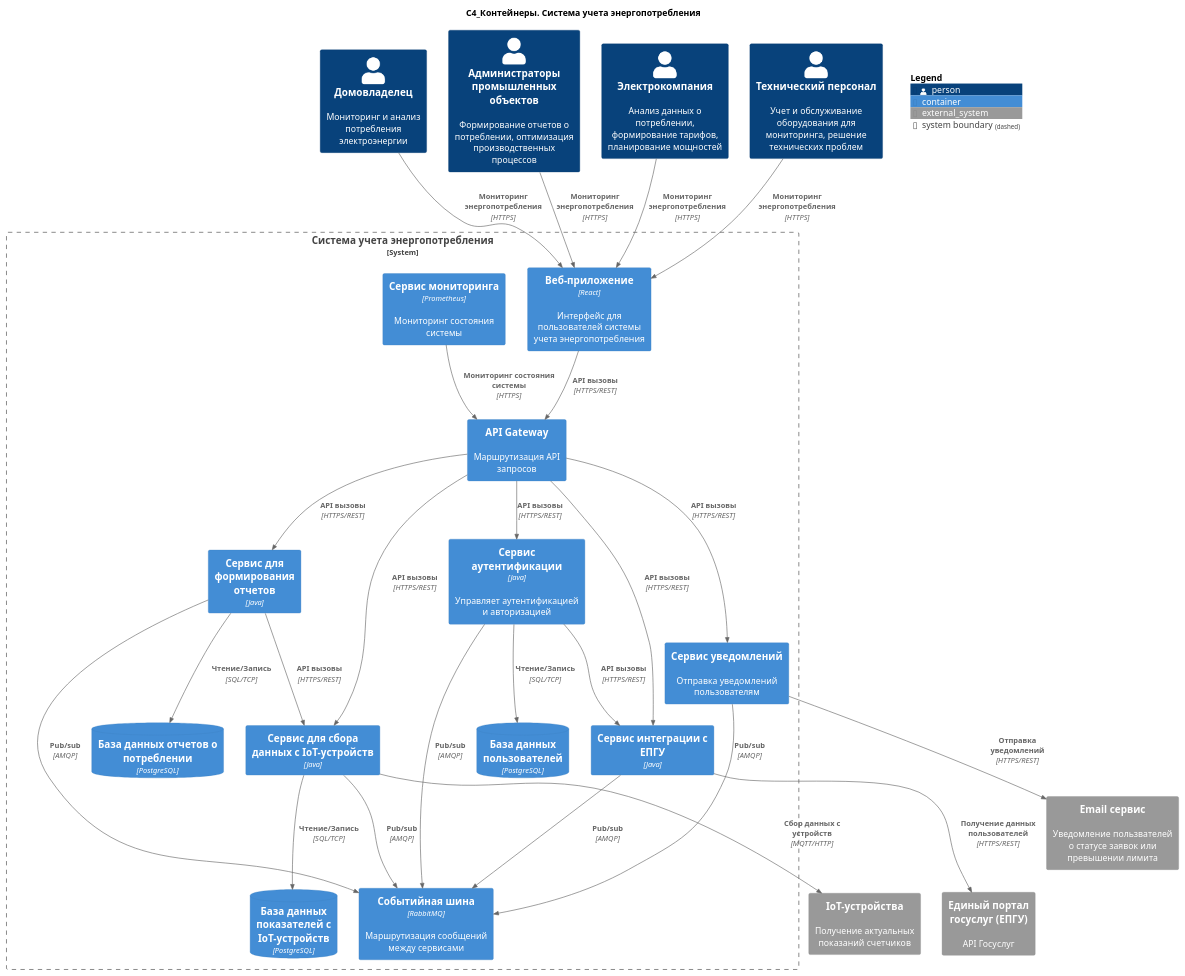
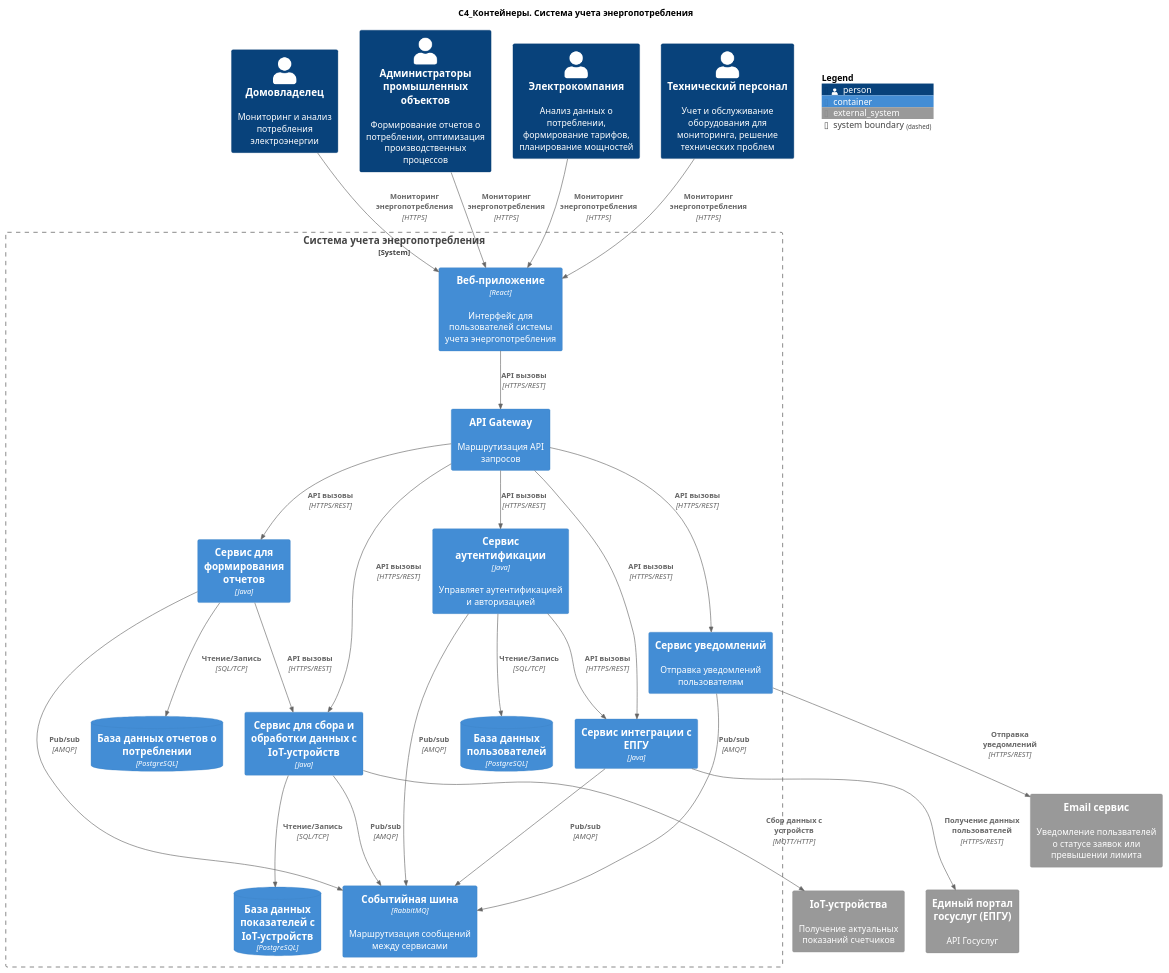
One commit to I1yaMatveev/SoftwareDevelopmentTechnology changed the diagram in 2. Технический проект/container.puml. Above: the diagram before and after it, drawn with PlantUML. The commit also changed 3 other files, not shown here.

```diff
--- a/2. Технический проект/container.puml
+++ b/2. Технический проект/container.puml
@@ -1,70 +1,66 @@
 @startuml Диаграмма контейнеров
 title "C4_Контейнеры. Система учета энергопотребления"
 !include https://raw.githubusercontent.com/plantuml-stdlib/C4-PlantUML/master/C4_Container.puml
 
 Person(homeowner, "Домовладелец", "Мониторинг и анализ потребления электроэнергии")
 Person(industrialFacilityAministrator, "Администраторы промышленных объектов", "Формирование отчетов о потреблении, оптимизация производственных процессов")
 Person(electricCompany, "Электрокомпания", "Анализ данных о потреблении, формирование тарифов, планирование мощностей")
 Person(technicalStaff, "Технический персонал", "Учет и обслуживание оборудования для мониторинга, решение технических проблем")
 
 System_Boundary(appBoundary, "Система учета энергопотребления") {
     Container(webApp, "Веб-приложение", "React", "Интерфейс для пользователей системы учета энергопотребления")
     Container(apiGateway, "API Gateway", "", "Маршрутизация API запросов")
 
     Container(authenticationService, "Сервис аутентификации", "Java", "Управляет аутентификацией и авторизацией")
     ContainerDb(authDB, "База данных пользователей", "PostgreSQL")
 
-    Container(energyDataCollector, "Сервис для сбора данных с IoT-устройств", "Java")
+    Container(energyDataCollector, "Сервис для сбора и обработки данных с IoT-устройств", "Java")
     ContainerDb(energyDataCollectorDB, "База данных показателей с IoT-устройств", "PostgreSQL")
 
     Container(reportService, "Сервис для формирования отчетов", "Java")
     ContainerDb(reportDB, "База данных отчетов о потреблении", "PostgreSQL")
 
     Container(govPortalIntegrationService, "Сервис интеграции с ЕПГУ", "Java")
-
-    Container(monitoringService, "Сервис мониторинга", "Prometheus", "Мониторинг состояния системы")
 
     Container(notificationService, "Сервис уведомлений", "", "Отправка уведомлений пользователям")
 
     Container(messageBroker, "Событийная шина", "RabbitMQ", "Маршрутизация сообщений между сервисами")
 }
 
 System_Ext(ioTDevices, "IoT-устройства", "Получение актуальных показаний счетчиков")
 System_Ext(govAPI, "Единый портал госуслуг (ЕПГУ)", "API Госуслуг")
 System_Ext(notificationServiceExt, "Email сервис", "Уведомление пользвателей о статусе заявок или превышении лимита")
 
 Rel(homeowner, webApp, "Мониторинг энергопотребления", "HTTPS")
 Rel(industrialFacilityAministrator, webApp, "Мониторинг энергопотребления", "HTTPS")
 Rel(electricCompany, webApp, "Мониторинг энергопотребления", "HTTPS")
 Rel(technicalStaff, webApp, "Мониторинг энергопотребления", "HTTPS")
-
-Rel(monitoringService, apiGateway, "Мониторинг состояния системы", "HTTPS")
 
 Rel(webApp, apiGateway, "API вызовы", "HTTPS/REST")
 
 Rel(apiGateway, authenticationService, "API вызовы", "HTTPS/REST")
 Rel(apiGateway, energyDataCollector, "API вызовы", "HTTPS/REST")
 Rel(apiGateway, reportService, "API вызовы", "HTTPS/REST")
 Rel(apiGateway, govPortalIntegrationService, "API вызовы", "HTTPS/REST")
 Rel(apiGateway, notificationService, "API вызовы", "HTTPS/REST")
 
 Rel(authenticationService, authDB, "Чтение/Запись", "SQL/TCP")
 Rel(energyDataCollector, energyDataCollectorDB, "Чтение/Запись", "SQL/TCP")
 Rel(reportService, reportDB, "Чтение/Запись", "SQL/TCP")
 
 Rel(authenticationService, govPortalIntegrationService, "API вызовы", "HTTPS/REST")
 Rel(reportService, energyDataCollector, "API вызовы", "HTTPS/REST")
 
 Rel(govPortalIntegrationService, govAPI, "Получение данных пользователей", "HTTPS/REST")
 Rel(energyDataCollector, ioTDevices, "Сбор данных с устройств", "MQTT/HTTP")
 Rel(notificationService, notificationServiceExt, "Отправка уведомлений", "HTTPS/REST")
 
 Rel(authenticationService, messageBroker, "Pub/sub", "AMQP")
 Rel(energyDataCollector, messageBroker, "Pub/sub", "AMQP")
 Rel(reportService, messageBroker, "Pub/sub", "AMQP")
 Rel(govPortalIntegrationService, messageBroker, "Pub/sub", "AMQP")
 Rel(notificationService, messageBroker, "Pub/sub", "AMQP")
 
 SHOW_FLOATING_LEGEND()
 
 @enduml
```
